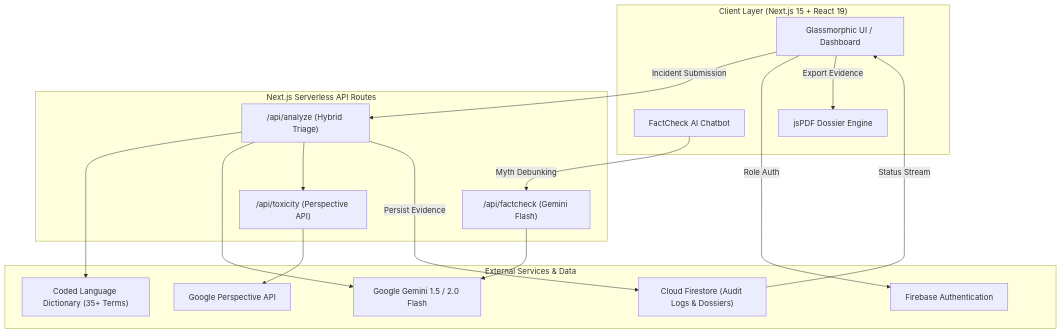
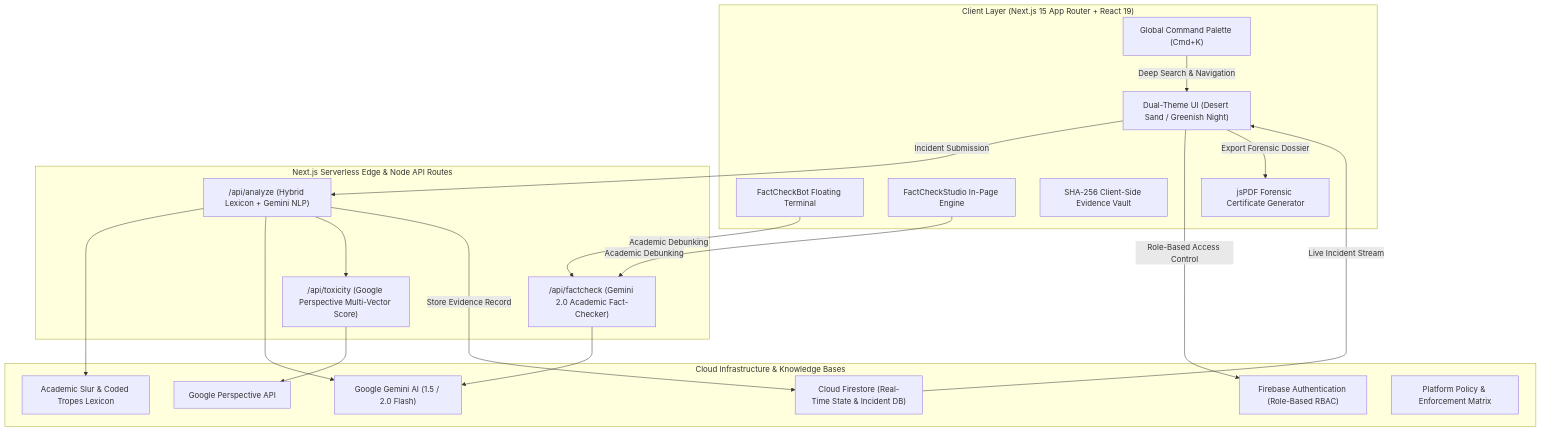
One commit to nizamulhaq500/daleel changed the diagram in README.md. Above: the diagram before and after it, drawn with Mermaid. The commit also changed other lines of this file and 1 other file, not shown here.

Commit message:
docs: comprehensive README overhaul with system architecture, and modern header preheading update

````diff
--- a/README.md
+++ b/README.md
@@ -76,34 +49,39 @@
 ```mermaid
 flowchart TD
-    subgraph Client ["Client Layer (Next.js 15 + React 19)"]
-        UI[Glassmorphic UI / Dashboard]
-        FC[FactCheck AI Chatbot]
-        PDF[jsPDF Dossier Engine]
+    subgraph Client ["Client Layer (Next.js 15 App Router + React 19)"]
+        UI["Dual-Theme UI (Desert Sand / Greenish Night)"]
+        FCB["FactCheckBot Floating Terminal"]
+        FCS["FactCheckStudio In-Page Engine"]
+        Locker["SHA-256 Client-Side Evidence Vault"]
+        PDF["jsPDF Forensic Certificate Generator"]
+        CmdK["Global Command Palette (Cmd+K)"]
     end
 
-    subgraph API ["Next.js Serverless API Routes"]
-        A_Analyze["/api/analyze (Hybrid Triage)"]
-        A_Tox["/api/toxicity (Perspective API)"]
-        A_Fact["/api/factcheck (Gemini Flash)"]
+    subgraph Serverless ["Next.js Serverless Edge & Node API Routes"]
+        API_Analyze["/api/analyze (Hybrid Lexicon + Gemini NLP)"]
+        API_FactCheck["/api/factcheck (Gemini 2.0 Academic Fact-Checker)"]
+        API_Tox["/api/toxicity (Google Perspective Multi-Vector Score)"]
     end
 
-    subgraph Services ["External Services & Data"]
-        Gemini["Google Gemini 1.5 / 2.0 Flash"]
+    subgraph DataServices ["Cloud Infrastructure & Knowledge Bases"]
+        Gemini["Google Gemini AI (1.5 / 2.0 Flash)"]
         Perspective["Google Perspective API"]
-        Firestore["Cloud Firestore (Audit Logs & Dossiers)"]
-        FBAuth["Firebase Authentication"]
-        Dict["Coded Language Dictionary (35+ Terms)"]
+        Firestore["Cloud Firestore (Real-Time State & Incident DB)"]
+        FBAuth["Firebase Authentication (Role-Based RBAC)"]
+        Lexicon["Academic Slur & Coded Tropes Lexicon"]
+        Scorecards["Platform Policy & Enforcement Matrix"]
     end
 
-    UI -->|Incident Submission| A_Analyze
-    A_Analyze --> Dict
-    A_Analyze --> Gemini
-    A_Analyze --> A_Tox
-    A_Tox --> Perspective
-    A_Analyze -->|Persist Evidence| Firestore
-    UI -->|Role Auth| FBAuth
-    FC -->|Myth Debunking| A_Fact
-    A_Fact --> Gemini
-    Firestore -->|Status Stream| UI
-    UI -->|Export Evidence| PDF
+    UI -->|Incident Submission| API_Analyze
+    API_Analyze --> Lexicon
+    API_Analyze --> Gemini
+    API_Analyze --> API_Tox
+    API_Tox --> Perspective
+    API_Analyze -->|Store Evidence Record| Firestore
+    UI -->|Role-Based Access Control| FBAuth
+    FCB & FCS -->|Academic Debunking| API_FactCheck
+    API_FactCheck --> Gemini
+    Firestore -->|Live Incident Stream| UI
+    UI -->|Export Forensic Dossier| PDF
+    CmdK -->|Deep Search & Navigation| UI
 ```
````
